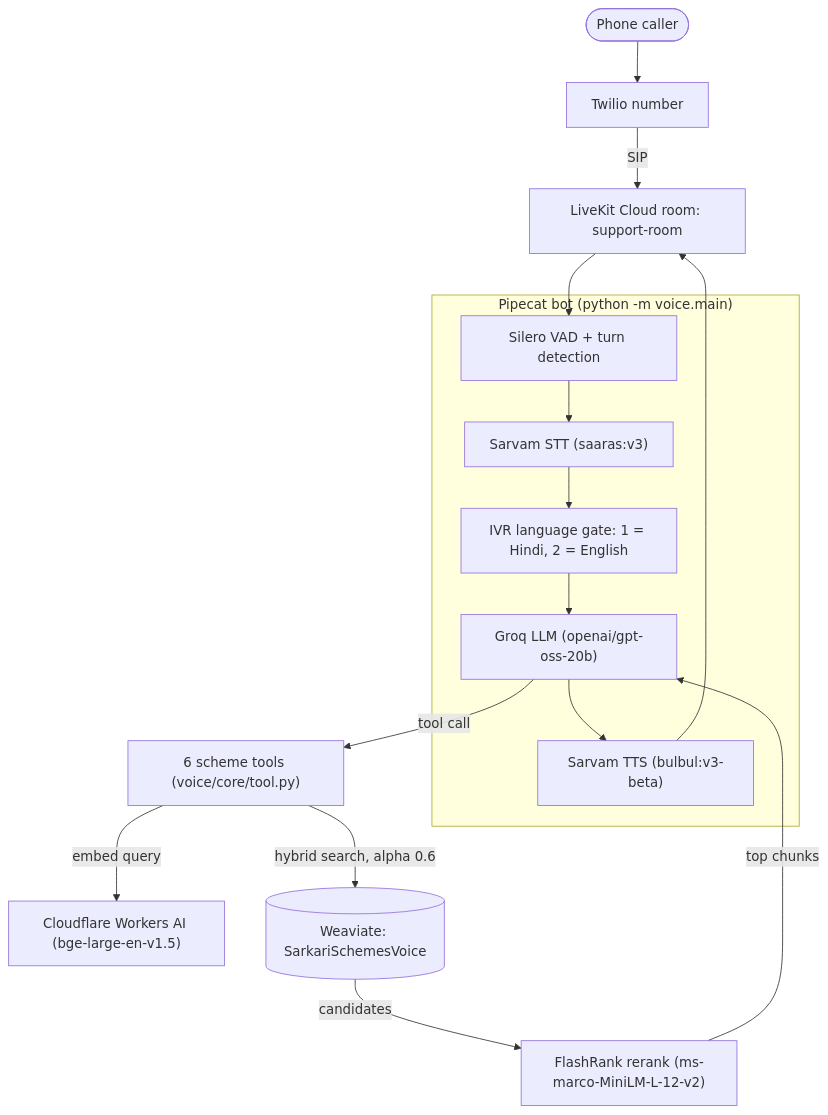
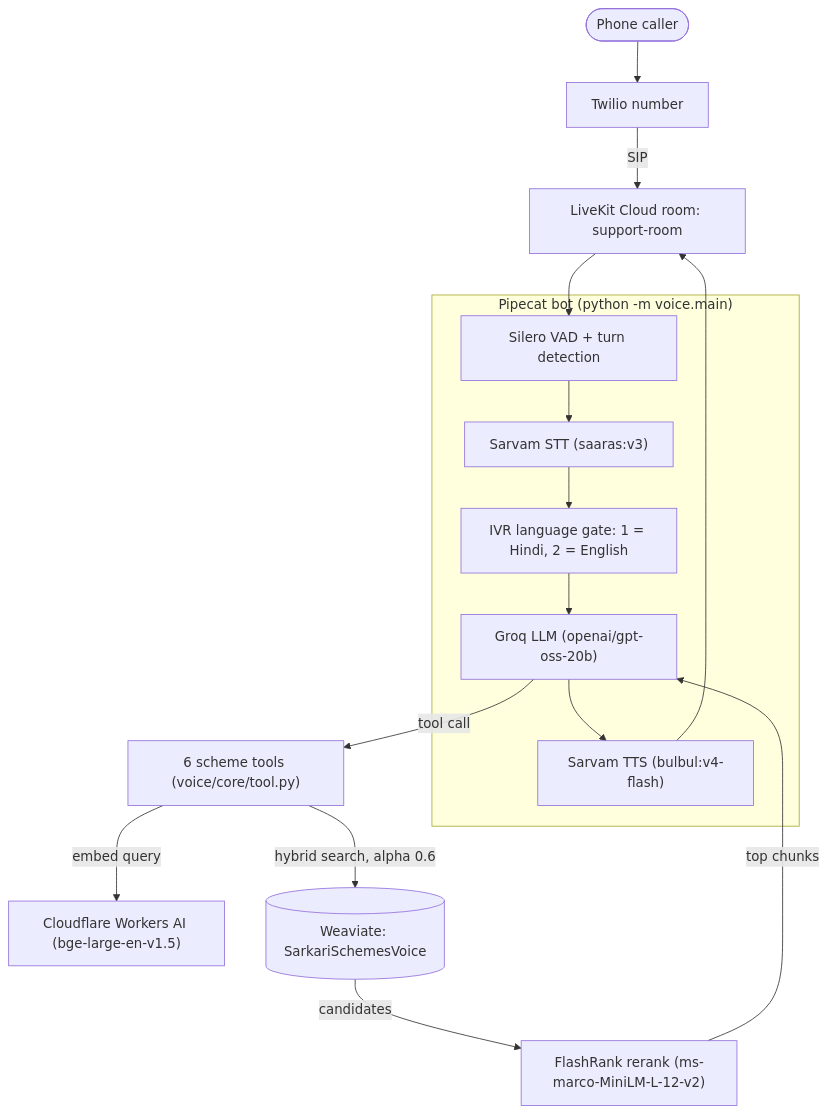
One commit to Parth-KG/Sarkari-Sahayak changed the diagram in README.md. Above: the diagram before and after it, drawn with Mermaid. The commit also changed other lines of this file and 4 other files, not shown here.

````diff
--- a/README.md
+++ b/README.md
@@ -102,20 +102,20 @@
 ```mermaid
 flowchart TD
     caller(["Phone caller"]) --> twilio["Twilio number"]
     twilio -- "SIP" --> lk["LiveKit Cloud room: support-room"]
     lk --> vad
 
     subgraph bot ["Pipecat bot (python -m voice.main)"]
         vad["Silero VAD + turn detection"] --> stt["Sarvam STT (saaras:v3)"]
         stt --> ivr["IVR language gate: 1 = Hindi, 2 = English"]
         ivr --> llm["Groq LLM (openai/gpt-oss-20b)"]
-        llm --> tts["Sarvam TTS (bulbul:v3-beta)"]
+        llm --> tts["Sarvam TTS (bulbul:v4-flash)"]
     end
 
     tts --> lk
     llm -- "tool call" --> tools["6 scheme tools (voice/core/tool.py)"]
     tools -- "embed query" --> cf["Cloudflare Workers AI (bge-large-en-v1.5)"]
     tools -- "hybrid search, alpha 0.6" --> wv[("Weaviate: SarkariSchemesVoice")]
     wv -- "candidates" --> rr["FlashRank rerank (ms-marco-MiniLM-L-12-v2)"]
     rr -- "top chunks" --> llm
 ```
````
